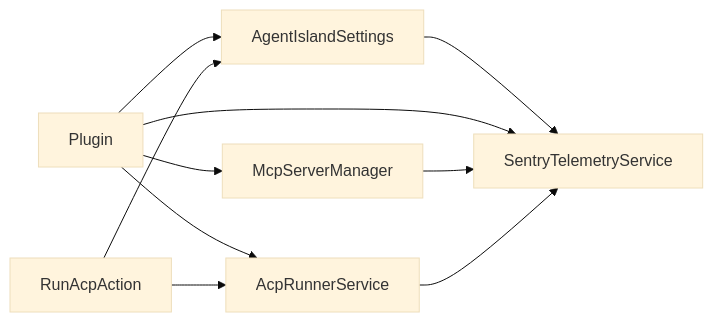
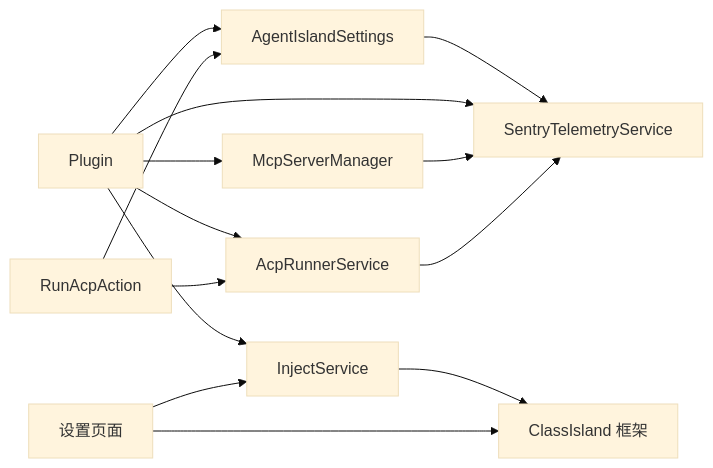
One commit to ShihaoShenDev/AgentIsland changed the fifth of 5 diagrams in .qoder/repowiki/zh/content/架构设计/依赖注入容器.md. Above: the diagram before and after it, drawn with Mermaid (base theme). The commit also changed other lines of this file and 31 other files, not shown here.

````diff
--- a/.qoder/repowiki/zh/content/架构设计/依赖注入容器.md
+++ b/.qoder/repowiki/zh/content/架构设计/依赖注入容器.md
@@ -225,12 +299,16 @@
 ```mermaid
 graph LR
 Settings["AgentIslandSettings"] --> Telemetry["SentryTelemetryService"]
 Plugin["Plugin"] --> Settings
 Plugin --> Telemetry
 Plugin --> Runner["AcpRunnerService"]
 Plugin --> Manager["McpServerManager"]
+Plugin --> InjectSvc["InjectService"]
+InjectSvc --> Framework["ClassIsland 框架"]
 Manager --> Telemetry
 Runner --> Telemetry
 Action["RunAcpAction"] --> Runner
 Action --> Settings
+SettingsPages["设置页面"] --> Framework
+SettingsPages --> InjectSvc
 ```
````
